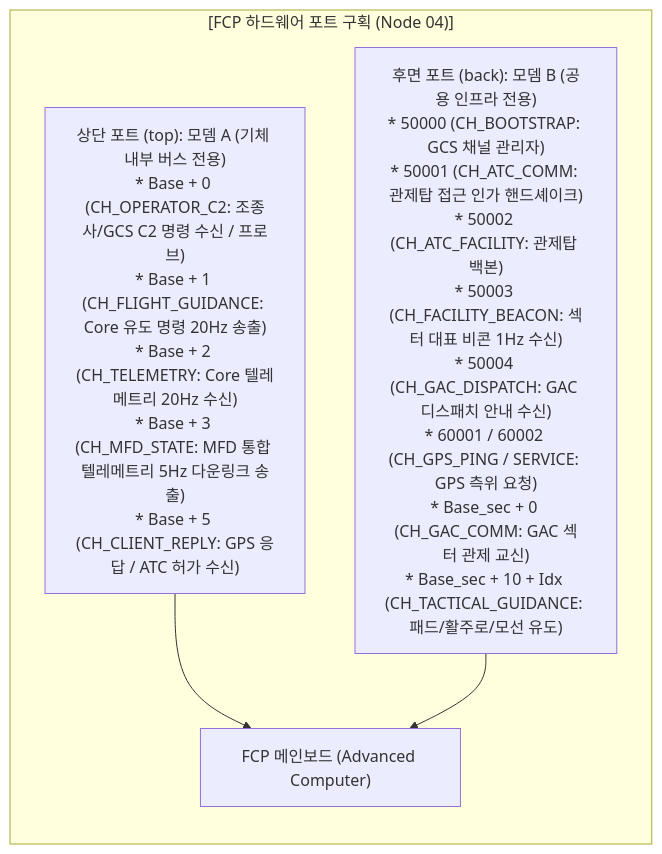
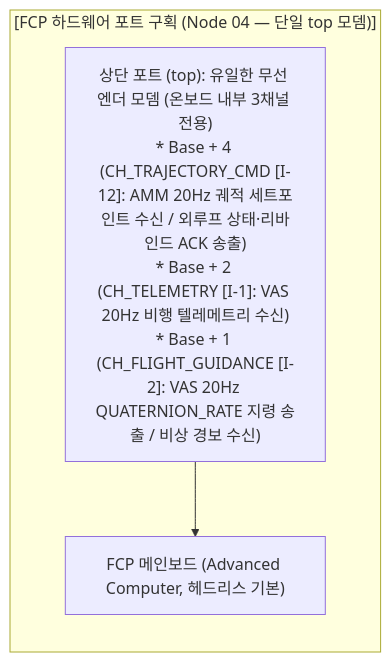
Before and after one commit to Polimachi/Aeroneutics_Autopilot: the second of 5 diagrams in docs/specs/2_guidance/fcp/FCP_PROGRAM_SPECIFICATION.md, drawn with Mermaid. The commit also changed other lines of this file and 18 other files, not shown here.

Commit message:
docs(specs): shrink FCP to SE(3) outer-loop and migrate gateway/nav/mission ownership to AMM (TASK-206)

````diff
--- a/docs/specs/2_guidance/fcp/FCP_PROGRAM_SPECIFICATION.md
+++ b/docs/specs/2_guidance/fcp/FCP_PROGRAM_SPECIFICATION.md
@@ -166,12 +128,10 @@
 ```mermaid
 flowchart TD
-    subgraph FCP_PORTS["[FCP 하드웨어 포트 구획 (Node 04)]"]
+    subgraph FCP_PORTS["[FCP 하드웨어 포트 구획 (Node 04 — 단일 top 모뎀)]"]
         direction TB
-        PORT_TOP["상단 포트 (top): 모뎀 A (기체 내부 버스 전용)<br/>* Base + 0 (CH_OPERATOR_C2: 조종사/GCS C2 명령 수신 / 프로브)<br/>* Base + 1 (CH_FLIGHT_GUIDANCE: Core 유도 명령 20Hz 송출)<br/>* Base + 2 (CH_TELEMETRY: Core 텔레메트리 20Hz 수신)<br/>* Base + 3 (CH_MFD_STATE: MFD 통합 텔레메트리 5Hz 다운링크 송출)<br/>* Base + 5 (CH_CLIENT_REPLY: GPS 응답 / ATC 허가 수신)"]
-        PORT_BACK["후면 포트 (back): 모뎀 B (공용 인프라 전용)<br/>* 50000 (CH_BOOTSTRAP: GCS 채널 관리자)<br/>* 50001 (CH_ATC_COMM: 관제탑 접근 인가 핸드셰이크)<br/>* 50002 (CH_ATC_FACILITY: 관제탑 백본)<br/>* 50003 (CH_FACILITY_BEACON: 섹터 대표 비콘 1Hz 수신)<br/>* 50004 (CH_GAC_DISPATCH: GAC 디스패치 안내 수신)<br/>* 60001 / 60002 (CH_GPS_PING / SERVICE: GPS 측위 요청)<br/>* Base_sec + 0 (CH_GAC_COMM: GAC 섹터 관제 교신)<br/>* Base_sec + 10 + Idx (CH_TACTICAL_GUIDANCE: 패드/활주로/모선 유도)"]
-        PC["FCP 메인보드 (Advanced Computer)"]
+        PORT_TOP["상단 포트 (top): 유일한 무선 엔더 모뎀 (온보드 내부 3채널 전용)<br/>* Base + 4 (CH_TRAJECTORY_CMD [I-12]: AMM 20Hz 궤적 세트포인트 수신 / 외루프 상태·리바인드 ACK 송출)<br/>* Base + 2 (CH_TELEMETRY [I-1]: VAS 20Hz 비행 텔레메트리 수신)<br/>* Base + 1 (CH_FLIGHT_GUIDANCE [I-2]: VAS 20Hz QUATERNION_RATE 지령 송출 / 비상 경보 수신)"]
+        PC["FCP 메인보드 (Advanced Computer, 헤드리스 기본)"]
     end
 
     PORT_TOP --> PC
-    PORT_BACK --> PC
 ```
````
